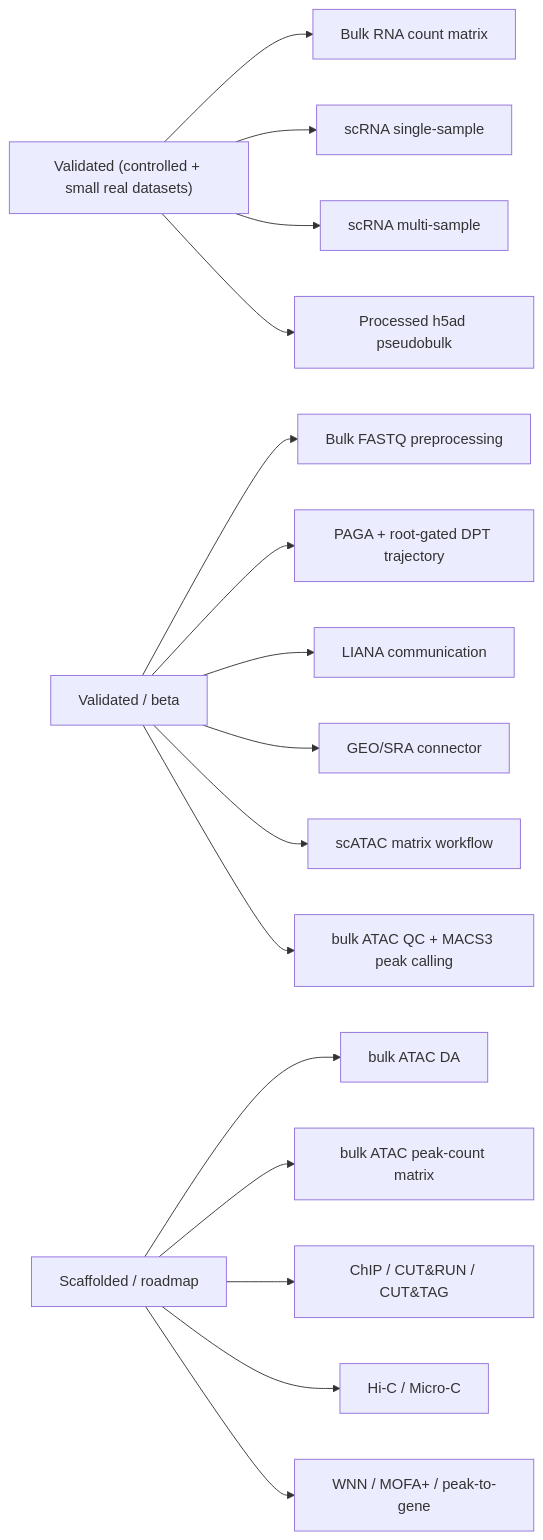
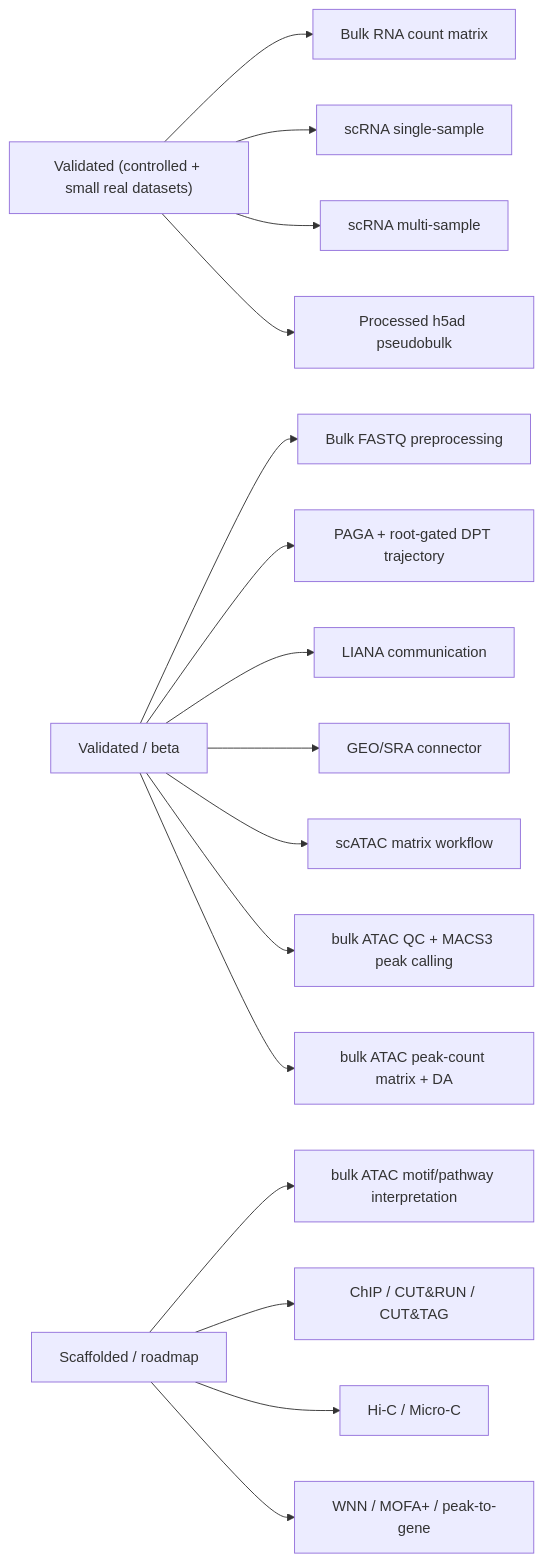
The diagram in docs/diagrams/validation_boundary.mmd (Olascoaga/aria-omics), drawn with Mermaid before and after one commit. The commit also changed 14 other files, not shown here.

Commit message:
feat(chromatin): run bulk ATAC DA over peak counts

```diff
--- a/docs/diagrams/validation_boundary.mmd
+++ b/docs/diagrams/validation_boundary.mmd
@@ -1,16 +1,16 @@
 flowchart LR
     A["Validated (controlled + small real datasets)"] --> A1[Bulk RNA count matrix]
     A --> A2[scRNA single-sample]
     A --> A3[scRNA multi-sample]
     A --> A4[Processed h5ad pseudobulk]
     B[Validated / beta] --> B1[Bulk FASTQ preprocessing]
     B --> B2[PAGA + root-gated DPT trajectory]
     B --> B3[LIANA communication]
     B --> B4[GEO/SRA connector]
     B --> B5[scATAC matrix workflow]
     B --> B6[bulk ATAC QC + MACS3 peak calling]
-    C[Scaffolded / roadmap] --> C1[bulk ATAC DA]
-    C --> C0[bulk ATAC peak-count matrix]
+    B --> B7[bulk ATAC peak-count matrix + DA]
+    C[Scaffolded / roadmap] --> C1[bulk ATAC motif/pathway interpretation]
     C --> C2[ChIP / CUT&RUN / CUT&TAG]
     C --> C3[Hi-C / Micro-C]
     C --> C4[WNN / MOFA+ / peak-to-gene]
```
